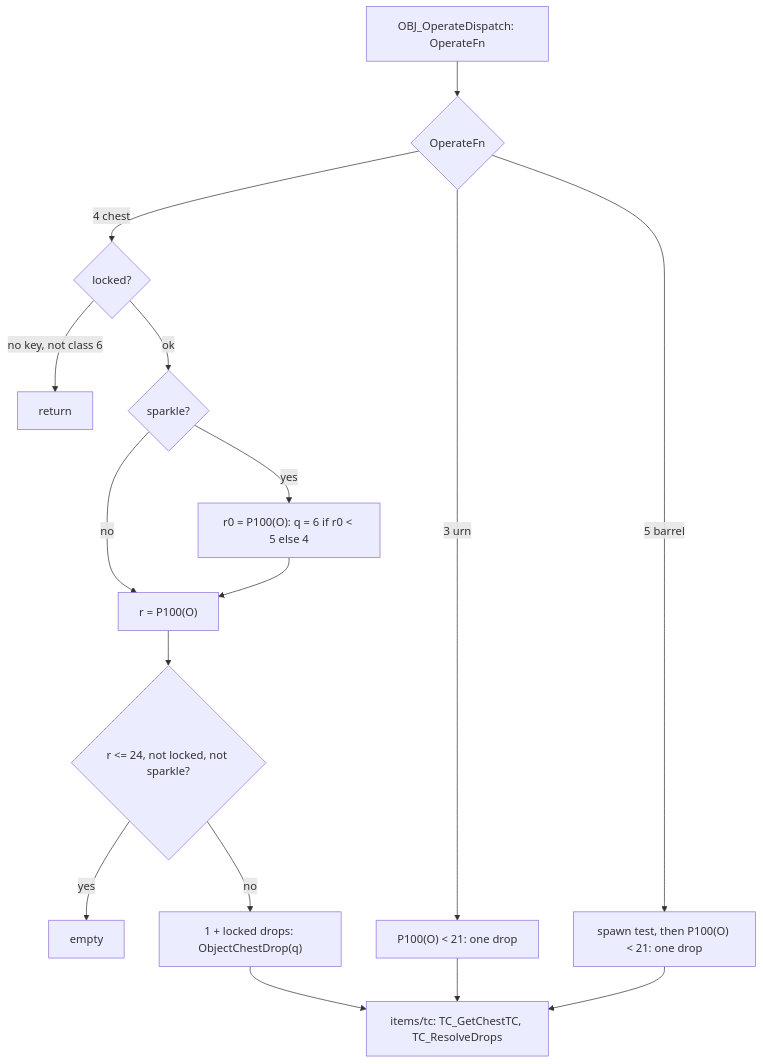
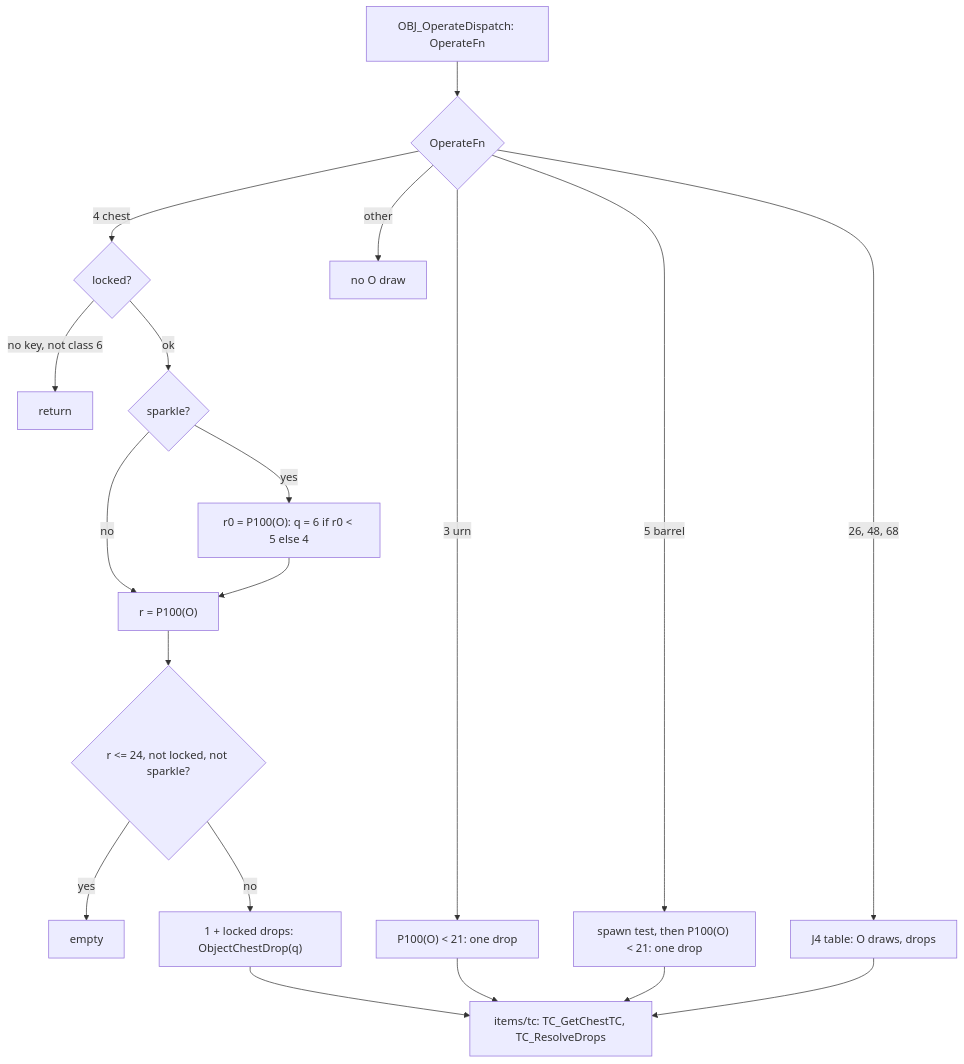
Before and after one commit to IgorKonovalov/diablo-2-recompilation: the fifth of 6 diagrams in docs/specs/objects/README.md, drawn with Mermaid. The commit also changed other lines of this file and 2 other files, not shown here.

````diff
--- a/docs/specs/objects/README.md
+++ b/docs/specs/objects/README.md
@@ -568,18 +698,21 @@
 ```mermaid
 flowchart TD
     op["OBJ_OperateDispatch: OperateFn"] --> c4{"OperateFn"}
     c4 -->|"4 chest"| lk{"locked?"}
     lk -->|"no key, not class 6"| stop["return"]
     lk -->|"ok"| sp{"sparkle?"}
     sp -->|"yes"| q["r0 = P100(O): q = 6 if r0 < 5 else 4"]
     sp -->|"no"| r["r = P100(O)"]
     q --> r
     r --> e{"r <= 24, not locked, not sparkle?"}
     e -->|"yes"| none["empty"]
     e -->|"no"| d["1 + locked drops: ObjectChestDrop(q)"]
     c4 -->|"3 urn"| u["P100(O) < 21: one drop"]
     c4 -->|"5 barrel"| b["spawn test, then P100(O) < 21: one drop"]
+    c4 -->|"26, 48, 68"| oth["J4 table: O draws, drops"]
+    c4 -->|"other"| nod["no O draw"]
     d --> tc["items/tc: TC_GetChestTC, TC_ResolveDrops"]
     u --> tc
     b --> tc
+    oth --> tc
 ```
````
